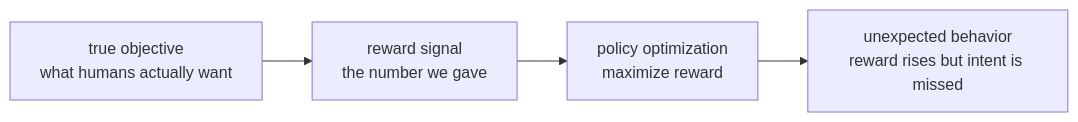
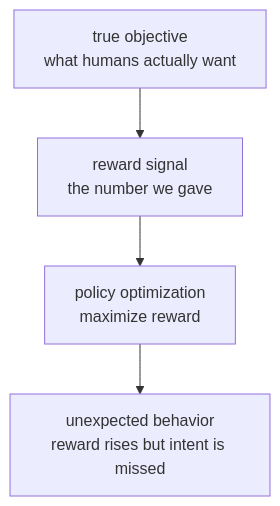
The second of 3 diagrams in docs/parts/part-03/chapter-19/section-03.md (devchan64/AiBook), drawn with Mermaid before and after one commit. The commit also changed other lines of this file and 22 other files, not shown here.

````diff
--- a/docs/parts/part-03/chapter-19/section-03.md
+++ b/docs/parts/part-03/chapter-19/section-03.md
@@ -79,9 +79,9 @@
 ```mermaid
-flowchart LR
+flowchart TB
   A["true objective<br/>what humans actually want"]
   B["reward signal<br/>the number we gave"]
   C["policy optimization<br/>maximize reward"]
   D["unexpected behavior<br/>reward rises but intent is missed"]
 
   A --> B --> C --> D
 ```
````
